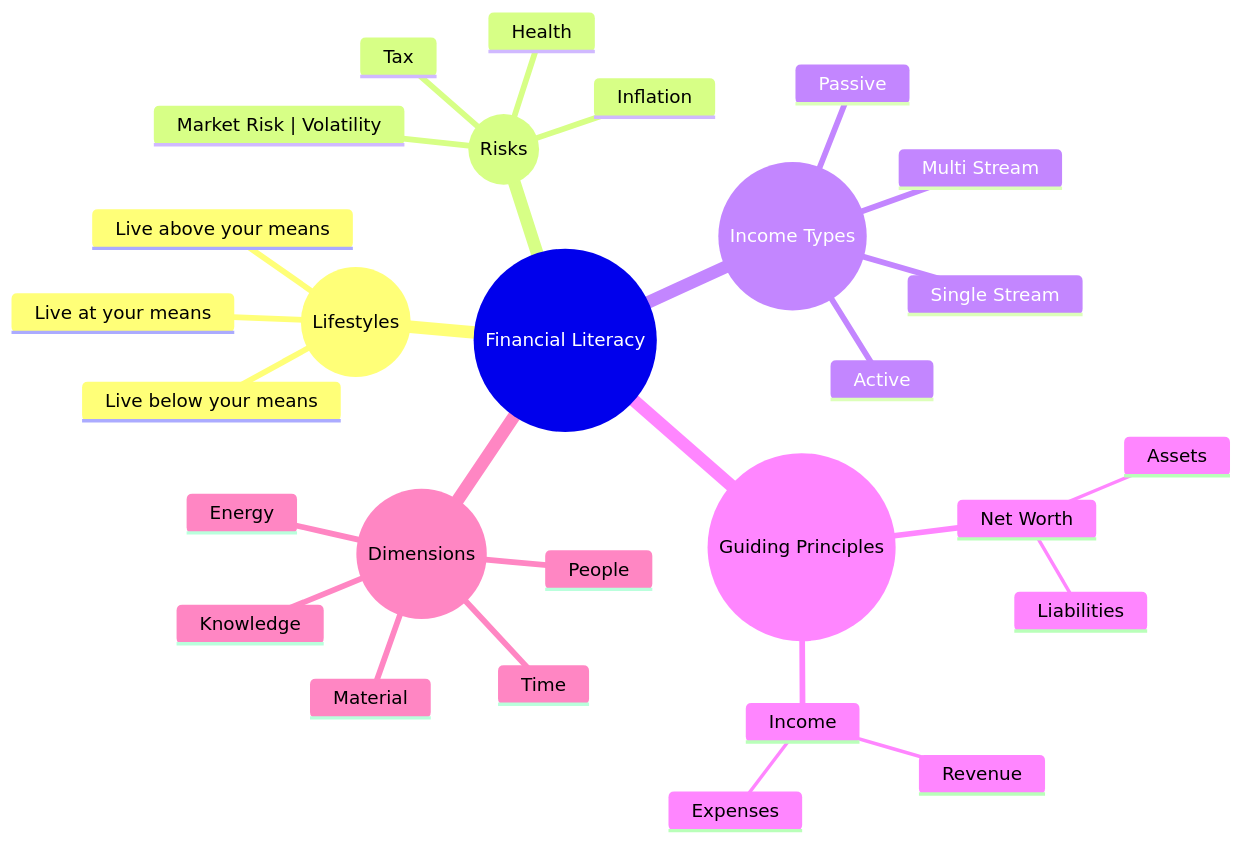
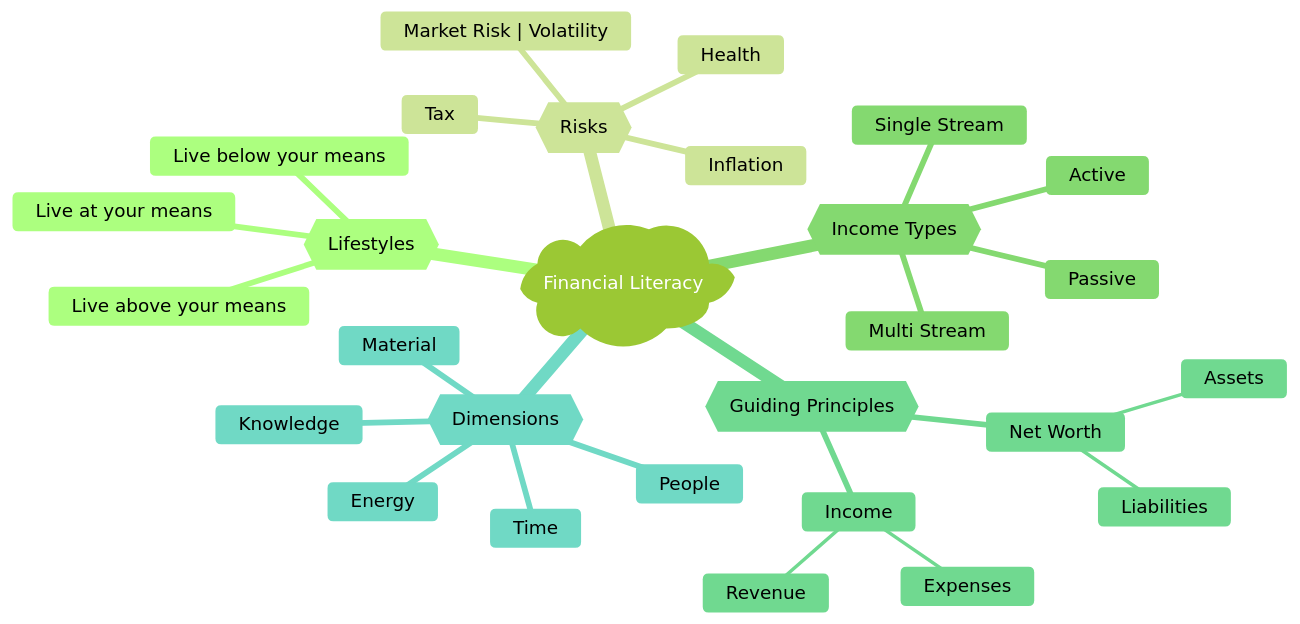
Before and after one commit to nickumia/world: the diagram in mermaid/financial_concepts.mmd, drawn with Mermaid. The commit also changed 1 other file, not shown here.

```diff
--- a/mermaid/financial_concepts.mmd
+++ b/mermaid/financial_concepts.mmd
@@ -1,29 +1,30 @@
+%%{init: {'theme':'forest'}}%%
 mindmap
-  root((Financial Literacy))
-    ((Lifestyles))
+  root)Financial Literacy(
+    {{Lifestyles}}
       Live above your means
       Live at your means
       Live below your means
-    ((Risks))
+    {{Risks}}
       Inflation
       Market Risk | Volatility
       Tax
       Health
-    ((Income Types))
+    {{Income Types}}
       Active
       Passive
       Single Stream
       Multi Stream
-    ((Guiding Principles))
+    {{Guiding Principles}}
       Net Worth
         Assets
         Liabilities
       Income
         Revenue
         Expenses
-    ((Dimensions))
+    {{Dimensions}}
       People
       Time
       Energy
       Knowledge
       Material
```
